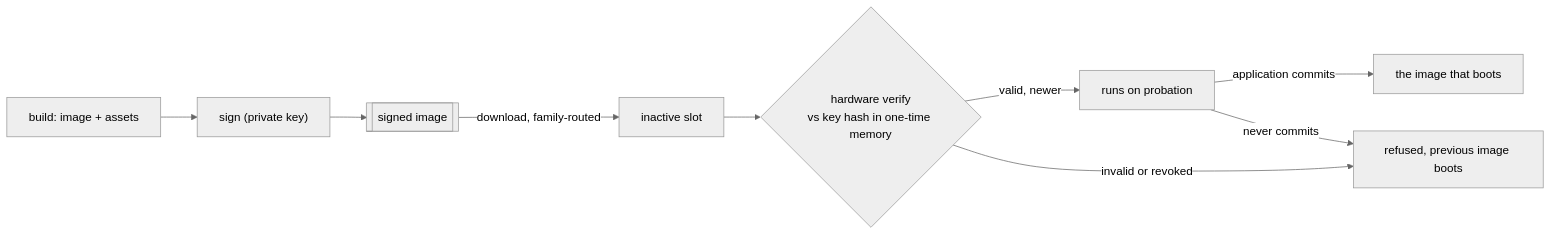
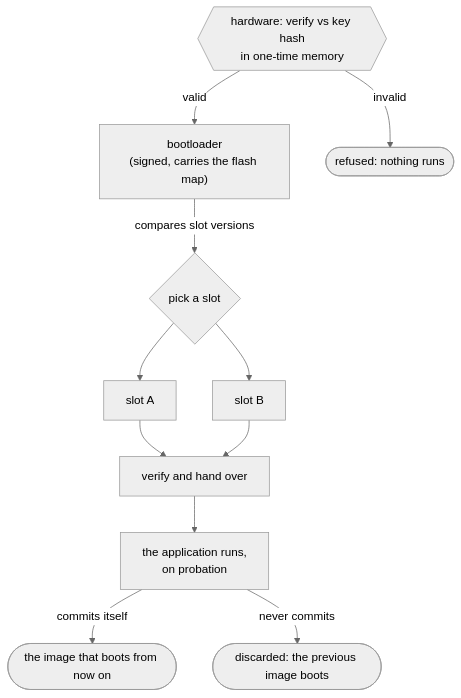
One commit to lightsource-nz/light_mk5 changed the diagram in documents/11-secure-boot-and-update.md. Above: the diagram before and after it, drawn with Mermaid (neutral theme). The commit also changed other lines of this file and 8 other files, not shown here.

````diff
--- a/documents/11-secure-boot-and-update.md
+++ b/documents/11-secure-boot-and-update.md
@@ -9,11 +13,13 @@
 ```mermaid
-graph LR
-    build["build: image + assets"] --> sign["sign (private key)"]
-    sign --> image[["signed image"]]
-    image -->|download, family-routed| slot["inactive slot"]
-    slot --> verify{"hardware verify<br/>vs key hash in one-time memory"}
-    verify -->|valid, newer| probation["runs on probation"]
-    verify -->|invalid or revoked| refused["refused, previous image boots"]
-    probation -->|application commits| settled["the image that boots"]
-    probation -->|never commits| refused
+graph TD
+    rom{{"hardware: verify vs key hash<br/>in one-time memory"}} -->|valid| boot["bootloader<br/>(signed, carries the flash map)"]
+    rom -->|invalid| stop(["refused: nothing runs"])
+    boot -->|compares slot versions| pick{"pick a slot"}
+    pick --> a["slot A"]
+    pick --> b["slot B"]
+    a --> chain["verify and hand over"]
+    b --> chain
+    chain --> probation["the application runs,<br/>on probation"]
+    probation -->|commits itself| settled(["the image that boots from now on"])
+    probation -->|never commits| previous(["discarded: the previous image boots"])
 ```
````
